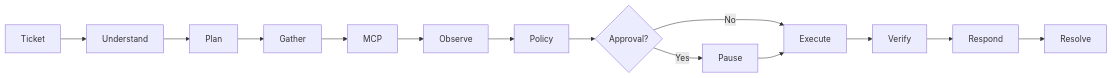
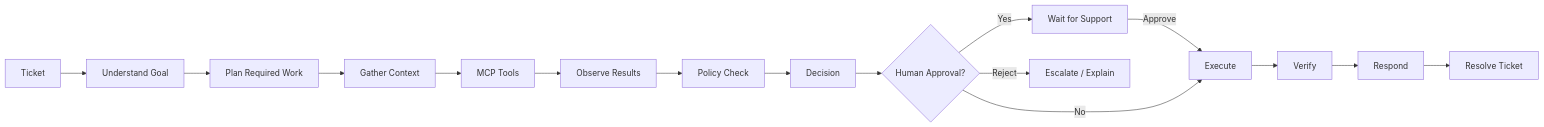
The second of 4 diagrams in README.md (bkk07/northstar-worker), drawn with Mermaid before and after one commit. The commit also changed other lines of this file and 1 other file, not shown here.

First line of the commit message:
docs: fix links, images, structure and architecture doc

````diff
--- a/README.md
+++ b/README.md
@@ -79,5 +203,18 @@
 ```mermaid
 flowchart LR
-    T[Ticket] --> U[Understand] --> P[Plan] --> G[Gather] --> M[MCP] --> O[Observe] --> D[Policy] --> H{Approval?} -->|No| A[Execute] --> V[Verify] --> R[Respond] --> S[Resolve]
-    H -->|Yes| I[Pause] --> A
+    T[Ticket] --> U[Understand Goal]
+    U --> P[Plan Required Work]
+    P --> G[Gather Context]
+    G --> M[MCP Tools]
+    M --> O[Observe Results]
+    O --> POL[Policy Check]
+    POL --> D[Decision]
+    D --> H{Human Approval?}
+    H -->|Yes| W[Wait for Support]
+    W -->|Approve| X[Execute]
+    H -->|No| X
+    H -->|Reject| E[Escalate / Explain]
+    X --> V[Verify]
+    V --> R[Respond]
+    R --> F[Resolve Ticket]
 ```
````
